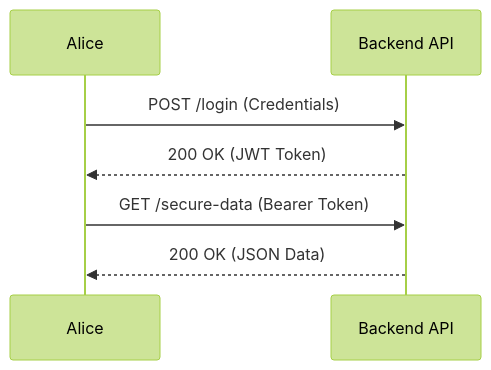
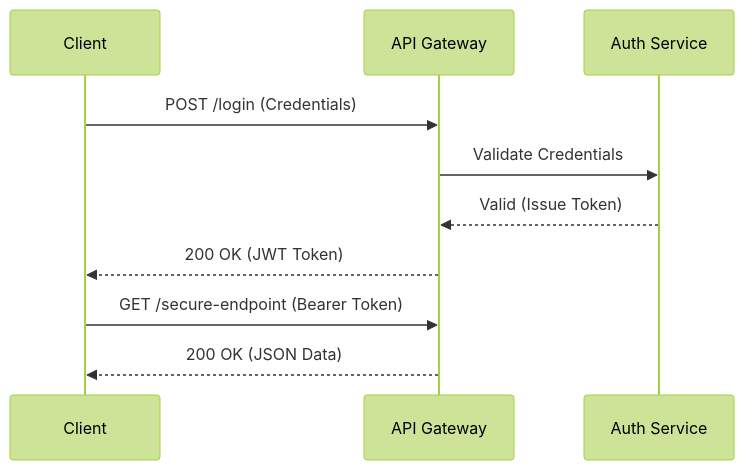
The second of 3 diagrams in _posts/2026-03-13-getting-started-with-mermaid-diagrams.md (cyborghound/cyborghound.github.io), drawn with Mermaid (forest theme) before and after one commit. The commit also changed other lines of this file, not shown here.

Commit message:
docs(blog): rewrite mermaid blog post for a general audience

````diff
--- a/_posts/2026-03-13-getting-started-with-mermaid-diagrams.md
+++ b/_posts/2026-03-13-getting-started-with-mermaid-diagrams.md
@@ -33,9 +35,14 @@
 ```mermaid
 sequenceDiagram
-    participant Alice
-    participant Backend API
-    Alice->>Backend API: POST /login (Credentials)
-    Backend API-->>Alice: 200 OK (JWT Token)
-    Alice->>Backend API: GET /secure-data (Bearer Token)
-    Backend API-->>Alice: 200 OK (JSON Data)
+    participant Client
+    participant API Gateway
+    participant Auth Service
+    
+    Client->>API Gateway: POST /login (Credentials)
+    API Gateway->>Auth Service: Validate Credentials
+    Auth Service-->>API Gateway: Valid (Issue Token)
+    API Gateway-->>Client: 200 OK (JWT Token)
+    
+    Client->>API Gateway: GET /secure-endpoint (Bearer Token)
+    API Gateway-->>Client: 200 OK (JSON Data)
 ```
````
